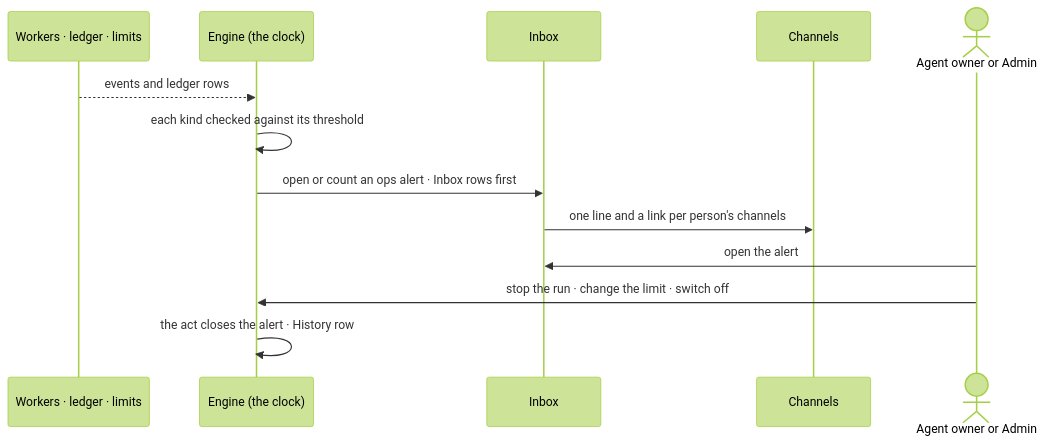
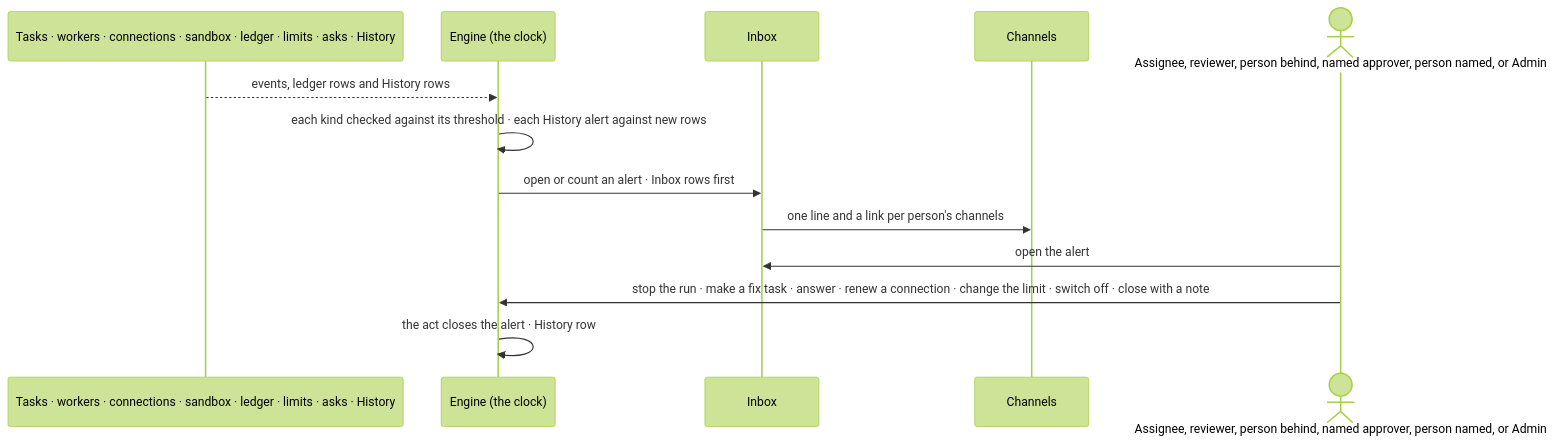
One commit to invana/invana changed the second of 2 diagrams in specs/os/control/features/CP-F11-ops-alerting/feature.md. Above: the diagram before and after it, drawn with Mermaid (forest theme). The commit also changed other lines of this file and 300 other files, not shown here.

````diff
--- a/specs/os/control/features/CP-F11-ops-alerting/feature.md
+++ b/specs/os/control/features/CP-F11-ops-alerting/feature.md
@@ -49,15 +64,15 @@
 ```mermaid
 sequenceDiagram
-  participant W as Workers · ledger · limits
+  participant W as Tasks · workers · connections · sandbox · ledger · limits · asks · History
   participant E as Engine (the clock)
   participant I as Inbox
   participant C as Channels
-  actor P as Agent owner or Admin
-  W-->>E: events and ledger rows
-  E->>E: each kind checked against its threshold
-  E->>I: open or count an ops alert · Inbox rows first
+  actor P as Assignee, reviewer, person behind, named approver, person named, or Admin
+  W-->>E: events, ledger rows and History rows
+  E->>E: each kind checked against its threshold · each History alert against new rows
+  E->>I: open or count an alert · Inbox rows first
   I->>C: one line and a link per person's channels
   P->>I: open the alert
-  P->>E: stop the run · change the limit · switch off
+  P->>E: stop the run · make a fix task · answer · renew a connection · change the limit · switch off · close with a note
   E->>E: the act closes the alert · History row
 ```
````
